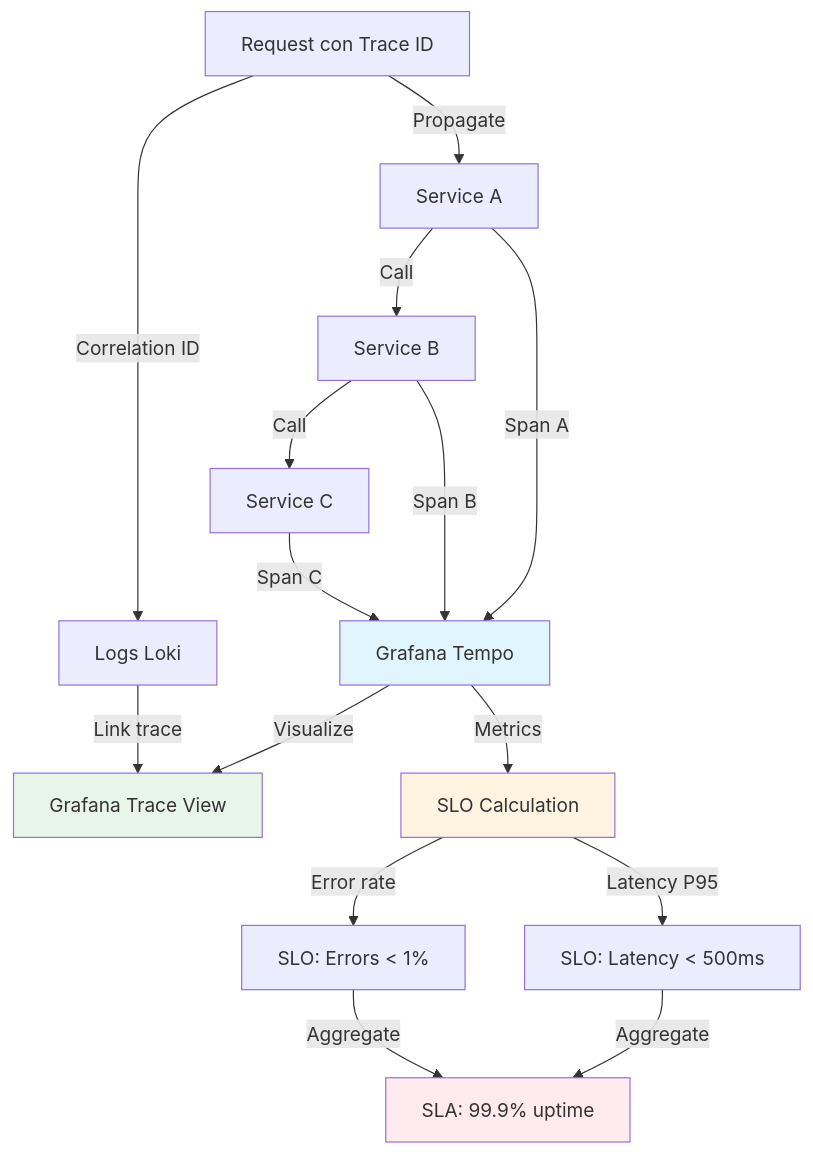
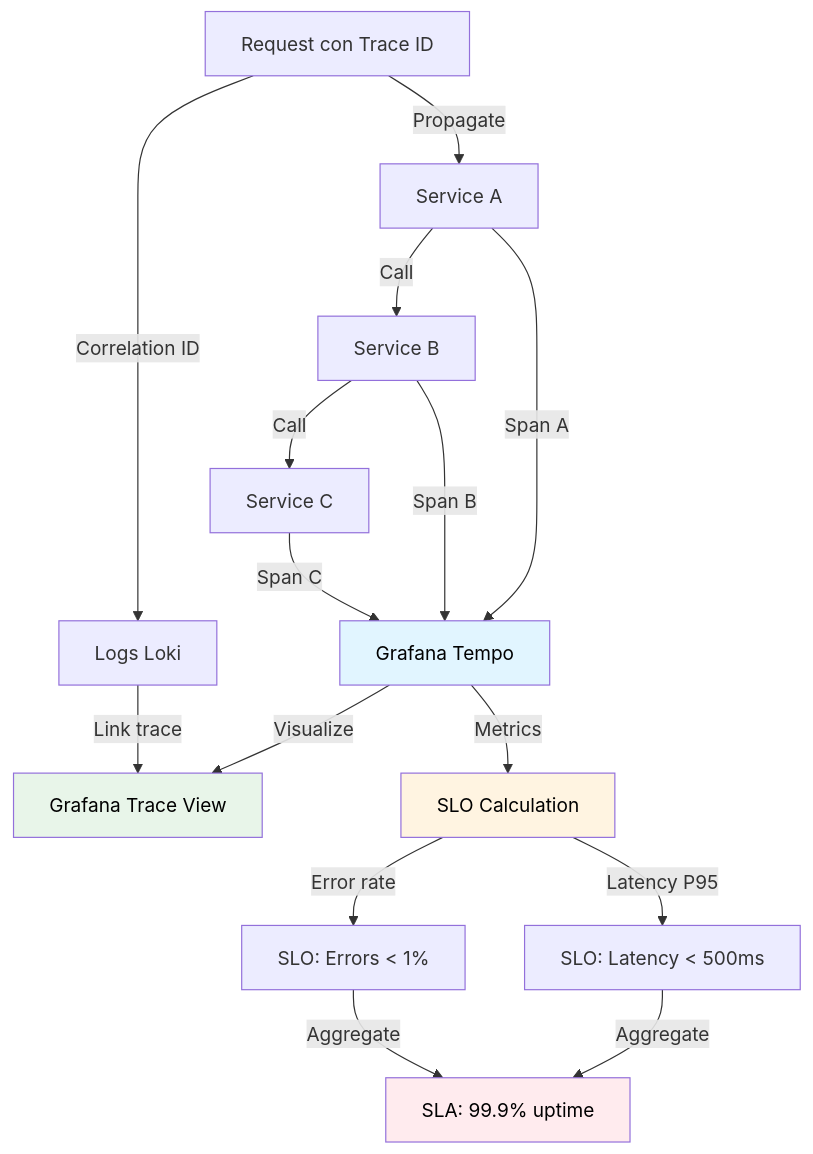
One commit to jclemente-tlm/tlm-doc-architecture changed the diagram in docs/fundamentos-corporativos/estandares/observabilidad/distributed-tracing.md. Above: the diagram before and after it, drawn with Mermaid. The commit also changed 21 other files, not shown here.

````diff
--- a/docs/fundamentos-corporativos/estandares/observabilidad/distributed-tracing.md
+++ b/docs/fundamentos-corporativos/estandares/observabilidad/distributed-tracing.md
@@ -47,26 +47,26 @@
 ```mermaid
 graph TB
     A[Request con Trace ID] -->|Propagate| B[Service A]
     B -->|Span A| C[Grafana Tempo]
     B -->|Call| D[Service B]
     D -->|Span B| C
     D -->|Call| E[Service C]
     E -->|Span C| C
 
     C -->|Visualize| F[Grafana Trace View]
 
     A -->|Correlation ID| G[Logs Loki]
     G -->|Link trace| F
 
     C -->|Metrics| H[SLO Calculation]
     H -->|Latency P95| I[SLO: Latency < 500ms]
     H -->|Error rate| J[SLO: Errors < 1%]
 
     I -->|Aggregate| K[SLA: 99.9% uptime]
     J -->|Aggregate| K
 
-    style C fill:#e1f5ff
-    style F fill:#e8f5e9
-    style H fill:#fff4e1
-    style K fill:#ffebee
+    style C fill:#e1f5ff,color:#000000
+    style F fill:#e8f5e9,color:#000000
+    style H fill:#fff4e1,color:#000000
+    style K fill:#ffebee,color:#000000
 ```
````
